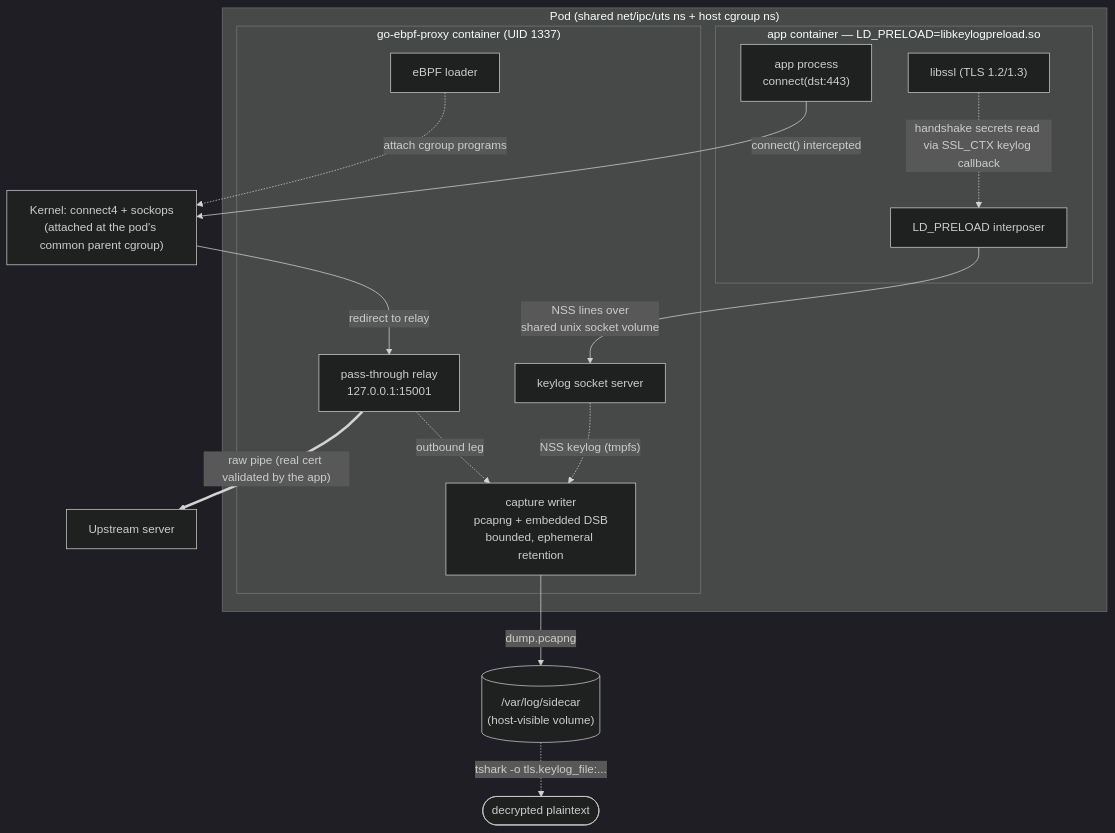
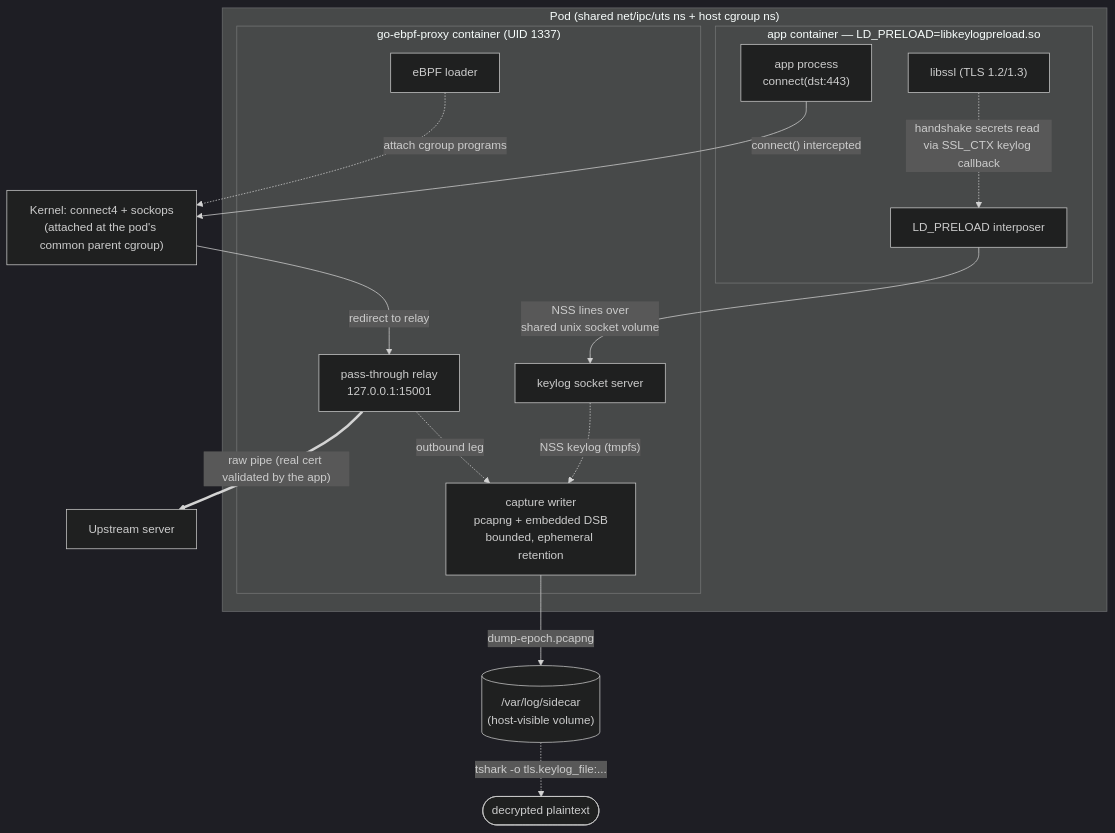
One commit to mesbrj/GO-eBPF-Proxy changed the second of 2 diagrams in README.md. Above: the diagram before and after it, drawn with Mermaid (dark theme). The commit also changed other lines of this file and 3 other files, not shown here.

````diff
--- a/README.md
+++ b/README.md
@@ -73,28 +75,28 @@
 ```mermaid
 flowchart TB
     subgraph pod["Pod (shared net/ipc/uts ns + host cgroup ns)"]
         subgraph appc["app container — LD_PRELOAD=libkeylogpreload.so"]
             app["app process<br/>connect(dst:443)"]
             libssl["libssl (TLS 1.2/1.3)"]
             interposer["LD_PRELOAD interposer"]
         end
         subgraph sidecar["go-ebpf-proxy container (UID 1337)"]
             loader["eBPF loader"]
             relay["pass-through relay<br/>127.0.0.1:15001"]
             keylog["keylog socket server"]
             capture["capture writer<br/>pcapng + embedded DSB<br/>bounded, ephemeral retention"]
         end
     end
     kernel["Kernel: connect4 + sockops<br/>(attached at the pod's common parent cgroup)"]
 
     app -- "connect() intercepted" --> kernel
     kernel -- "redirect to relay" --> relay
     libssl -. "handshake secrets read via SSL_CTX keylog callback" .-> interposer
     interposer -- "NSS lines over<br/>shared unix socket volume" --> keylog
     loader -. "attach cgroup programs" .-> kernel
     relay == "raw pipe (real cert validated by the app)" ==> upstream["Upstream server"]
     relay -. "outbound leg" .-> capture
     keylog -. "NSS keylog (tmpfs)" .-> capture
-    capture -- "dump.pcapng" --> disk[("/var/log/sidecar<br/>(host-visible volume)")]
+    capture -- "dump-epoch.pcapng" --> disk[("/var/log/sidecar<br/>(host-visible volume)")]
     disk -. "tshark -o tls.keylog_file:..." .-> decrypted(["decrypted plaintext"])
 ```
````
